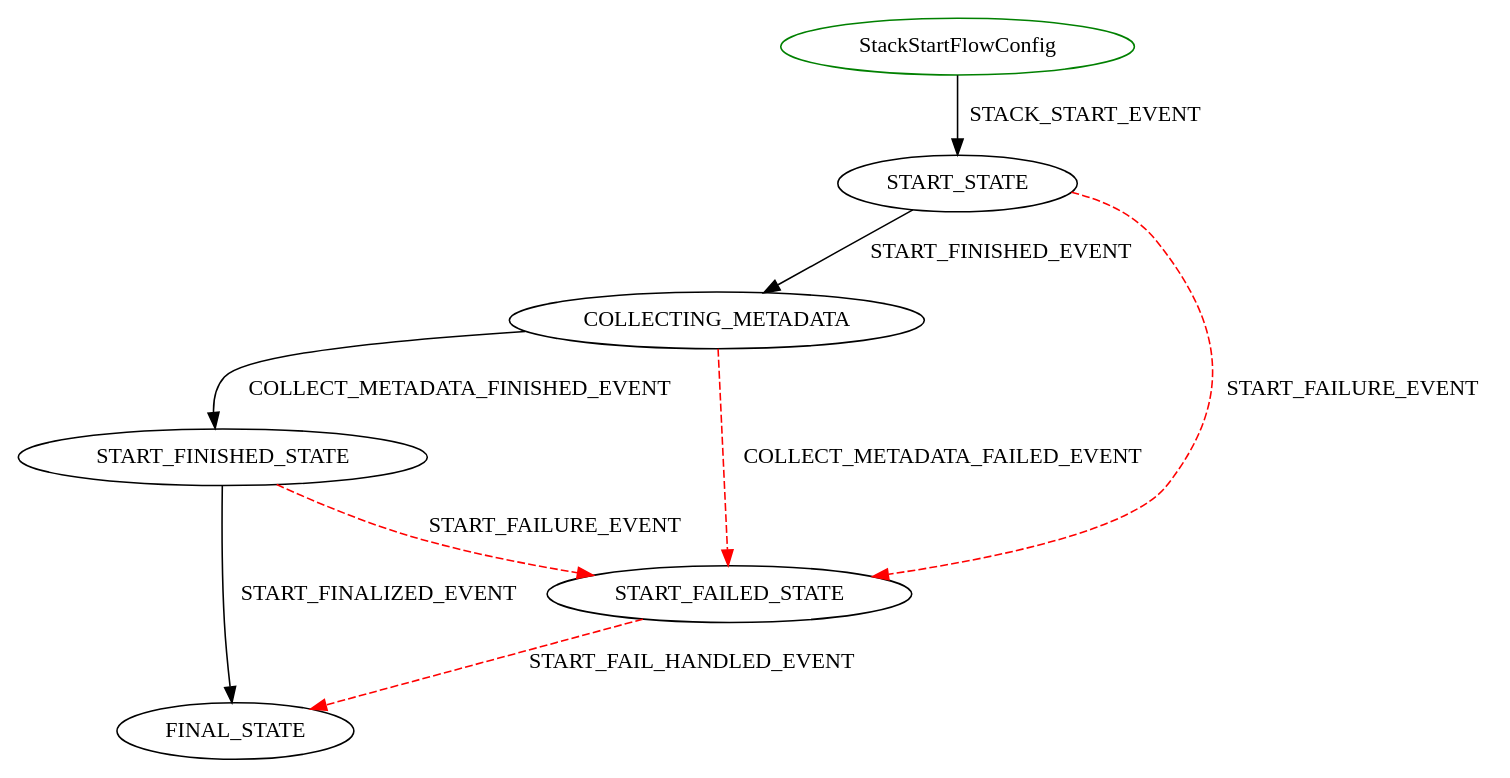
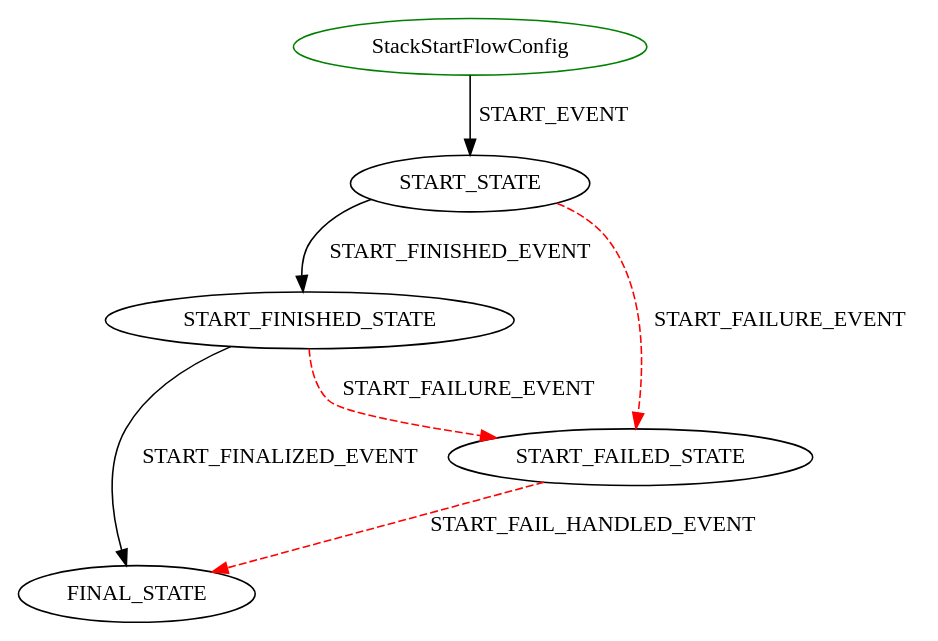
Before and after one commit to hortonworks/cloudbreak-docs: the diagram in latest/diagrams/StackStartFlowConfig.dot, drawn with Graphviz. The commit also changed 55 other files, not shown here.

```diff
--- a/latest/diagrams/StackStartFlowConfig.dot
+++ b/latest/diagrams/StackStartFlowConfig.dot
@@ -1,11 +1,9 @@
 digraph {
 INIT_STATE [label="StackStartFlowConfig" shape=ellipse color=green];
-INIT_STATE -> START_STATE [label="STACK_START_EVENT" color=black style=solid];
-START_STATE -> COLLECTING_METADATA [label="START_FINISHED_EVENT" color=black style=solid];
+INIT_STATE -> START_STATE [label="START_EVENT" color=black style=solid];
+START_STATE -> START_FINISHED_STATE [label="START_FINISHED_EVENT" color=black style=solid];
 START_STATE -> START_FAILED_STATE [label="START_FAILURE_EVENT" color=red style=dashed];
 START_FAILED_STATE -> FINAL_STATE [label="START_FAIL_HANDLED_EVENT" color=red style=dashed];
-COLLECTING_METADATA -> START_FINISHED_STATE [label="COLLECT_METADATA_FINISHED_EVENT" color=black style=solid];
-COLLECTING_METADATA -> START_FAILED_STATE [label="COLLECT_METADATA_FAILED_EVENT" color=red style=dashed];
 START_FINISHED_STATE -> FINAL_STATE [label="START_FINALIZED_EVENT" color=black style=solid];
 START_FINISHED_STATE -> START_FAILED_STATE [label="START_FAILURE_EVENT" color=red style=dashed];
 }
```
